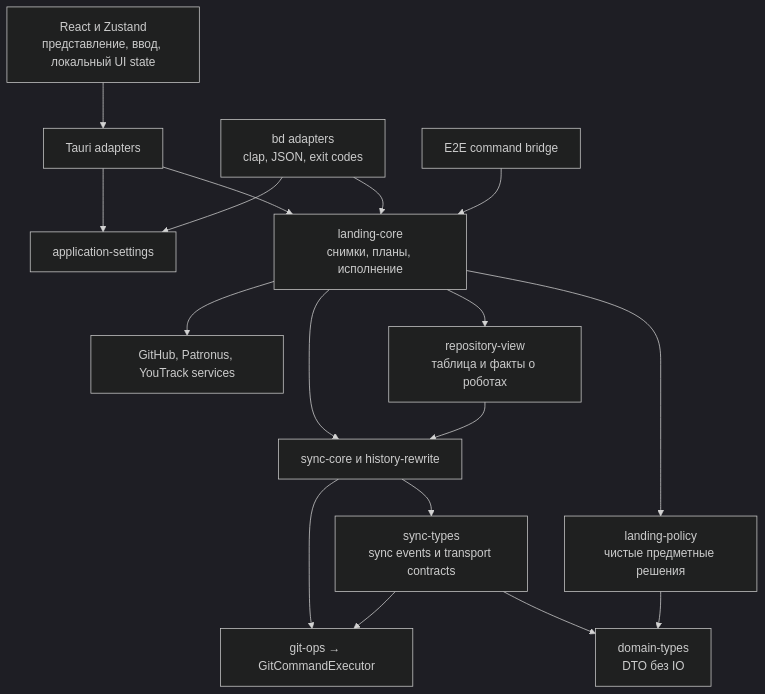
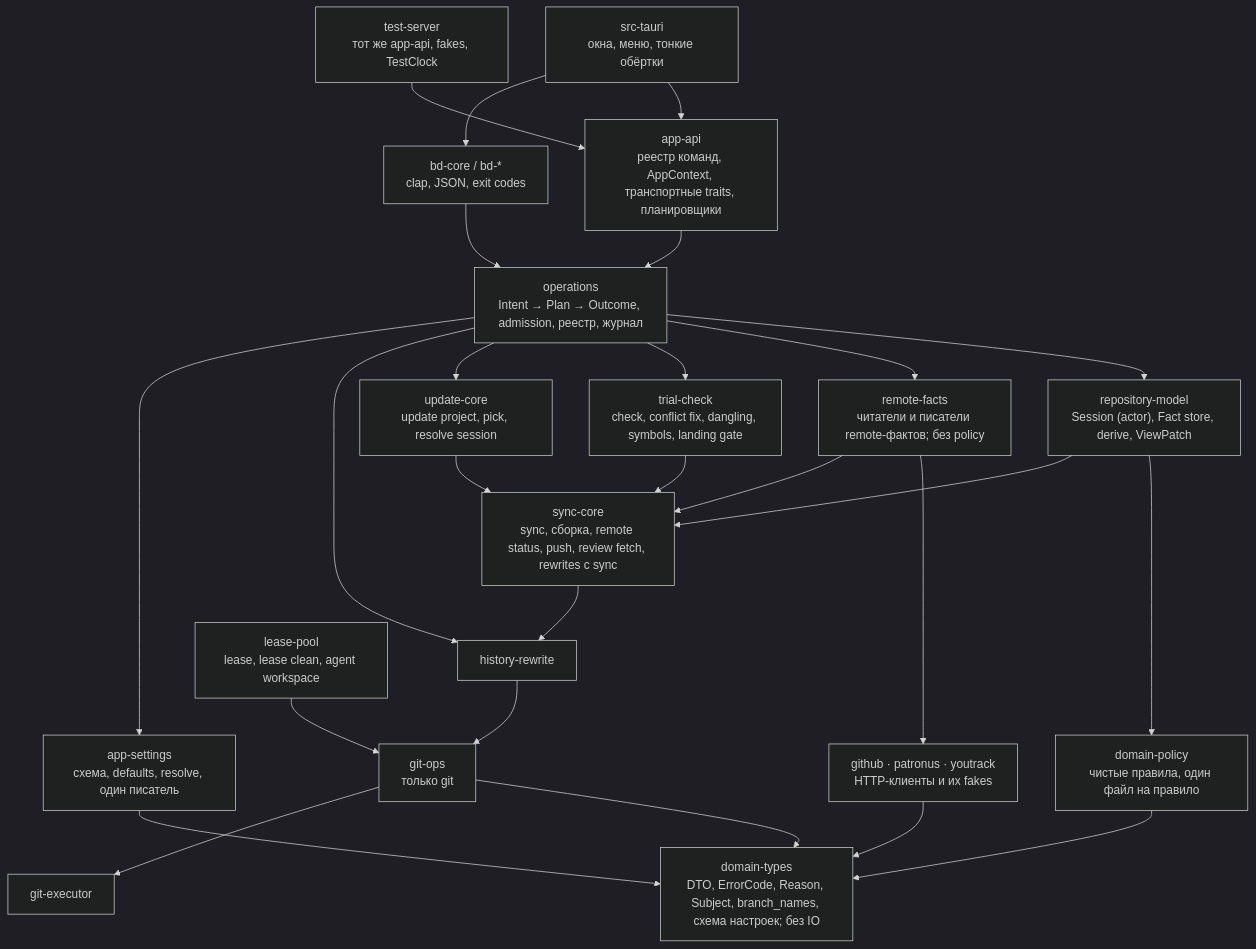
The first of 2 diagrams in docs/design/rust-domain-authority.md (develar/branch-deck), drawn with Mermaid (dark theme) before and after one commit. The commit also changed other lines of this file and 1 other file, not shown here.

First line of the commit message:
docs(architecture): rewrite the Rust domain authority plan as one session, one policy crate and one operation engine

````diff
--- a/docs/design/rust-domain-authority.md
+++ b/docs/design/rust-domain-authority.md
@@ -84,19 +143,22 @@
 ```mermaid
 flowchart TD
-    React["React и Zustand<br/>представление, ввод, локальный UI state"] --> Tauri["Tauri adapters"]
-    CLI["bd adapters<br/>clap, JSON, exit codes"] --> Landing["landing-core<br/>снимки, планы, исполнение"]
-    Tauri --> Landing
-    Test["E2E command bridge"] --> Landing
-    Landing --> Policy["landing-policy<br/>чистые предметные решения"]
-    Landing --> View["repository-view<br/>таблица и факты о роботах"]
-    Landing --> Core["sync-core и history-rewrite"]
-    View --> Core
-    Policy --> Types["domain-types<br/>DTO без IO"]
-    Core --> SyncTypes["sync-types<br/>sync events и transport contracts"]
-    SyncTypes --> Types
-    SyncTypes --> Git
-    Core --> Git["git-ops → GitCommandExecutor"]
-    Landing --> Services["GitHub, Patronus, YouTrack services"]
-    Tauri --> Settings["application-settings"]
-    CLI --> Settings
+  T["domain-types<br/>DTO, ErrorCode, Reason, Subject, branch_names, схема настроек; без IO"]
+  P["domain-policy<br/>чистые правила, один файл на правило"] --> T
+  E["git-executor"]
+  G["git-ops<br/>только git"] --> T & E
+  H["history-rewrite"] --> G
+  S["sync-core<br/>sync, сборка, remote status, push, review fetch, rewrites с sync"] --> H
+  C["trial-check<br/>check, conflict fix, dangling, symbols, landing gate"] --> S
+  U["update-core<br/>update project, pick, resolve session"] --> S
+  L["lease-pool<br/>lease, lease clean, agent workspace"] --> G
+  GH["github · patronus · youtrack<br/>HTTP-клиенты и их fakes"] --> T
+  RF["remote-facts<br/>читатели и писатели remote-фактов; без policy"] --> GH & S
+  M["repository-model<br/>Session (actor), Fact store, derive, ViewPatch"] --> P & S
+  ST["app-settings<br/>схема, defaults, resolve, один писатель"] --> T
+  O["operations<br/>Intent → Plan → Outcome, admission, реестр, журнал"] --> M & RF & C & U & H & ST
+  API["app-api<br/>реестр команд, AppContext, транспортные traits, планировщики"] --> O
+  TAURI["src-tauri<br/>окна, меню, тонкие обёртки"] --> API
+  TS["test-server<br/>тот же app-api, fakes, TestClock"] --> API
+  BD["bd-core / bd-*<br/>clap, JSON, exit codes"] --> O
+  TAURI --> BD
 ```
````
